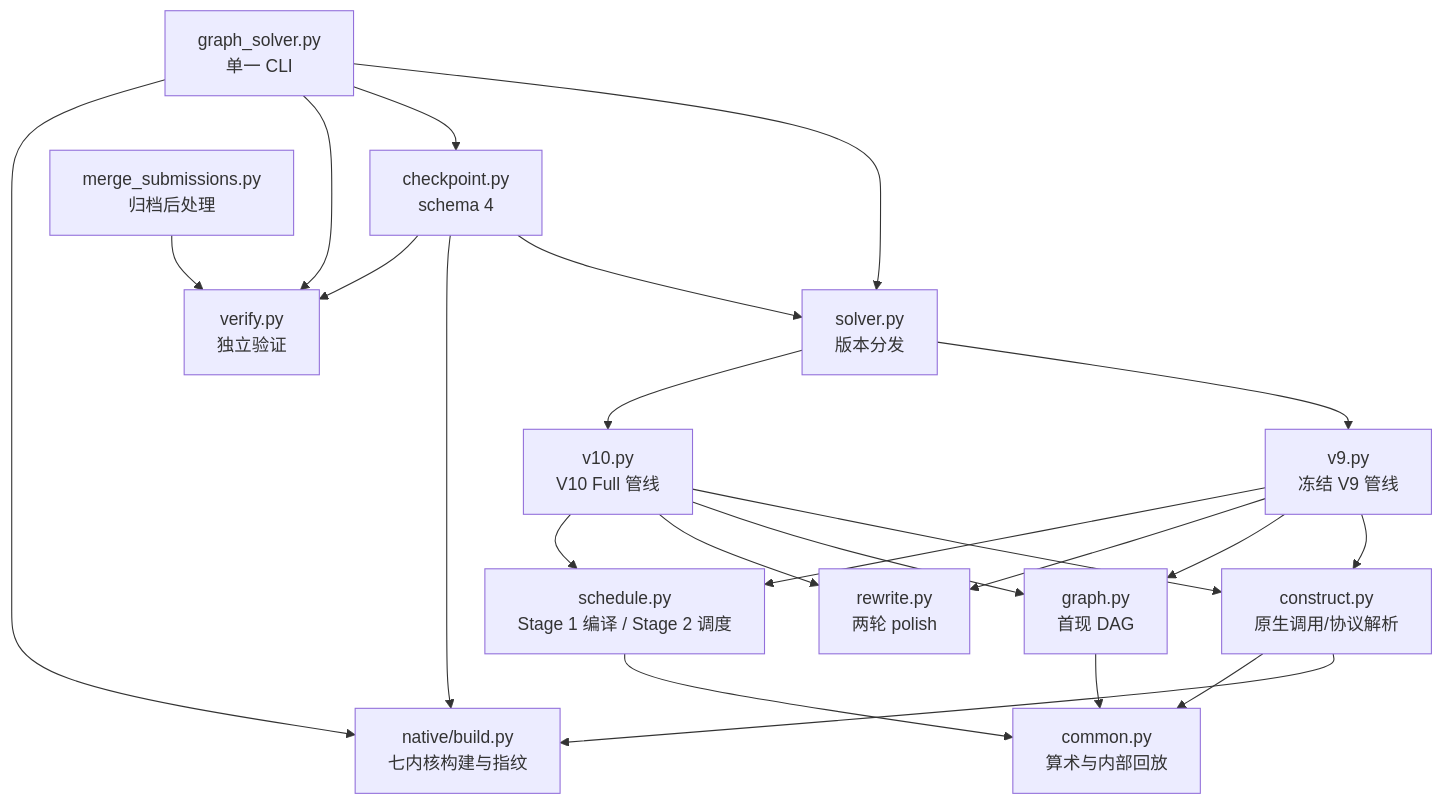
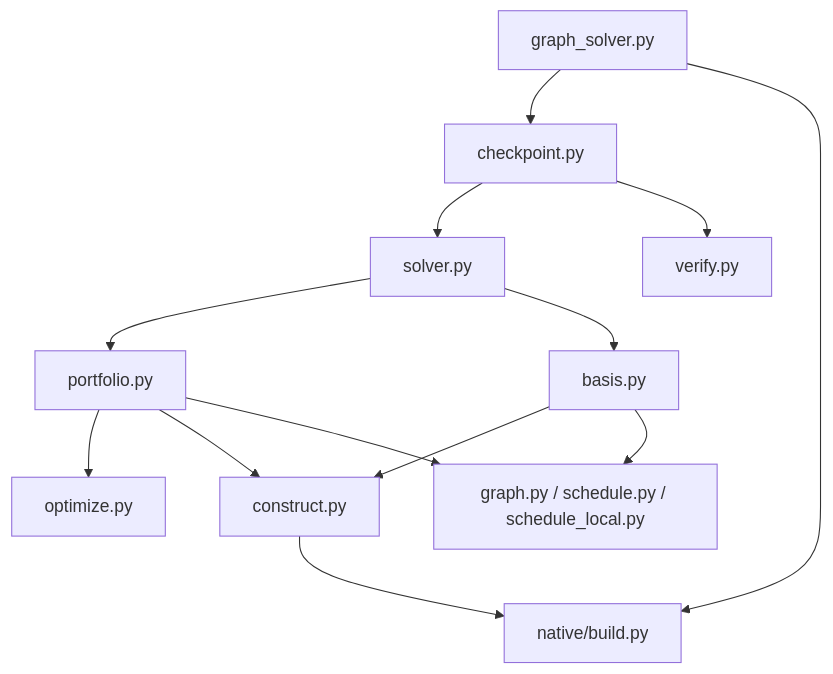
Before and after one commit to Leonardo-F/kaggle-lab: the fourth of 4 diagrams in competitions/santa-2026/docs/algorithm-evolution.md, drawn with Mermaid. The commit also changed other lines of this file and 77 other files, not shown here.

````diff
--- a/competitions/santa-2026/docs/algorithm-evolution.md
+++ b/competitions/santa-2026/docs/algorithm-evolution.md
@@ -968,25 +1147,15 @@
 ```mermaid
 flowchart TD
-    G[graph_solver.py<br/>单一 CLI] --> S[solver.py<br/>版本分发]
-    S --> V9[v9.py<br/>冻结 V9 管线]
-    S --> V10[v10.py<br/>V10 Full 管线]
-    G --> C[checkpoint.py<br/>schema 4]
-    G --> V[verify.py<br/>独立验证]
-    G --> N[native/build.py<br/>七内核构建与指纹]
-    V10 --> CO[construct.py<br/>原生调用/协议解析]
-    V10 --> GR[graph.py<br/>首现 DAG]
-    V10 --> RW[rewrite.py<br/>两轮 polish]
-    V10 --> SC[schedule.py<br/>Stage 1 编译 / Stage 2 调度]
-    V9 --> CO
-    V9 --> GR
-    V9 --> RW
-    V9 --> SC
-    CO --> N
-    CO --> CM[common.py<br/>算术与内部回放]
-    GR --> CM
-    SC --> CM
-    C --> S
-    C --> N
-    C --> V
-    M[merge_submissions.py<br/>归档后处理] --> V
+    G[graph_solver.py] --> C[checkpoint.py]
+    G --> N[native/build.py]
+    C --> S[solver.py]
+    S --> P[portfolio.py]
+    S --> B[basis.py]
+    P --> O[optimize.py]
+    P --> A[construct.py]
+    B --> A
+    A --> N
+    P --> D[graph.py / schedule.py / schedule_local.py]
+    B --> D
+    C --> V[verify.py]
 ```
````
